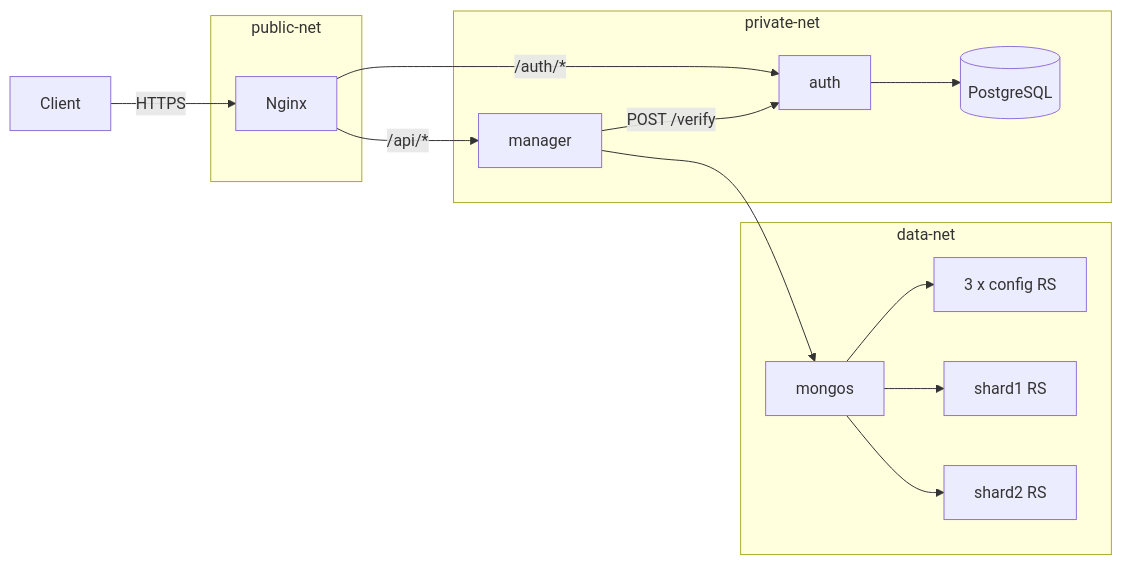
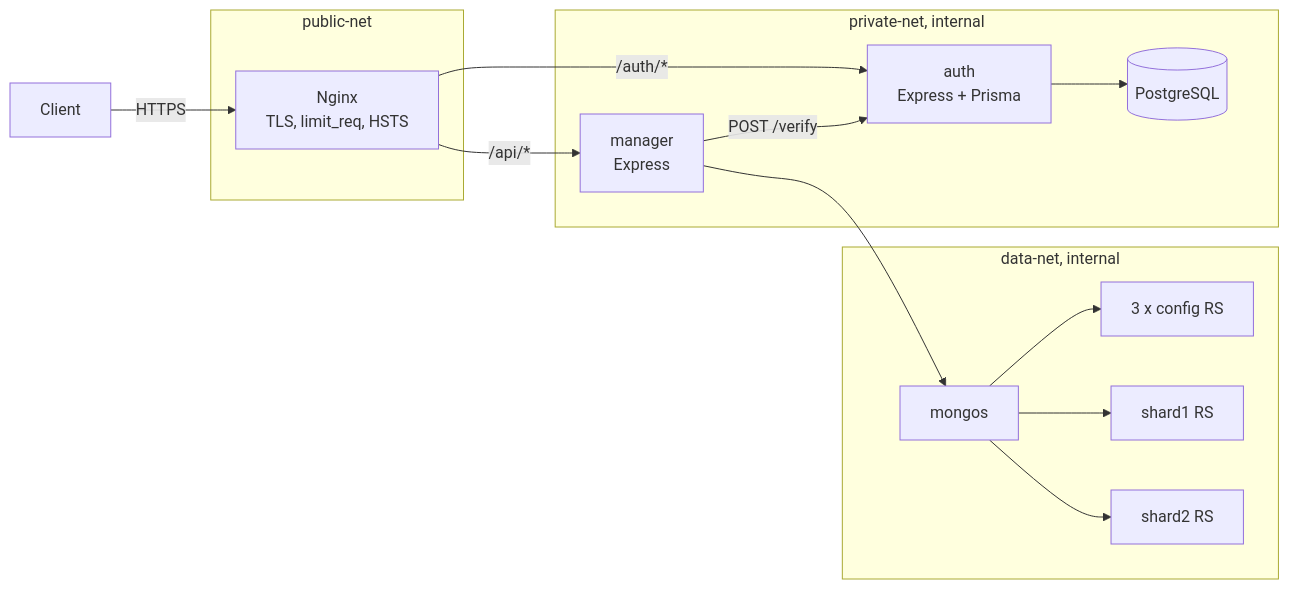
The diagram in README.md (Jean-Paul15/cloud-platform), drawn with Mermaid before and after one commit. The commit also changed other lines of this file, not shown here.

````diff
--- a/README.md
+++ b/README.md
@@ -31,26 +32,26 @@
 ```mermaid
 flowchart LR
-    C[Client] -->|HTTPS| G[Nginx]
+    C[Client] -->|HTTPS| G[Nginx<br/>TLS, limit_req, HSTS]
     subgraph public-net
       G
     end
-    subgraph private-net
-      A[auth]
-      M[manager]
+    subgraph private-net [private-net, internal]
+      A[auth<br/>Express + Prisma]
+      M[manager<br/>Express]
       P[(PostgreSQL)]
     end
-    subgraph data-net
+    subgraph data-net [data-net, internal]
       R[mongos]
       CFG[3 x config RS]
       S1[shard1 RS]
       S2[shard2 RS]
     end
     G -->|/auth/*| A
     G -->|/api/*| M
     A --> P
     M -->|POST /verify| A
     M --> R
     R --> CFG
     R --> S1
     R --> S2
 ```
````
